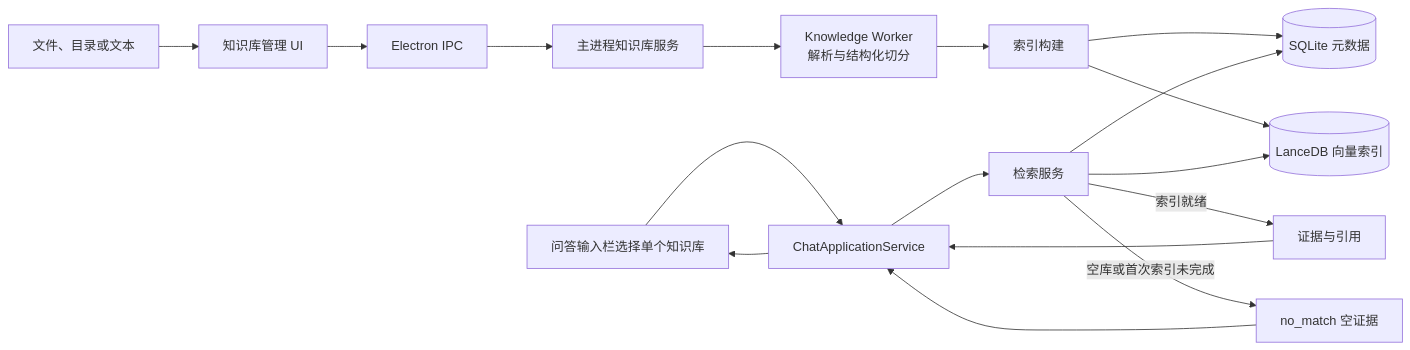
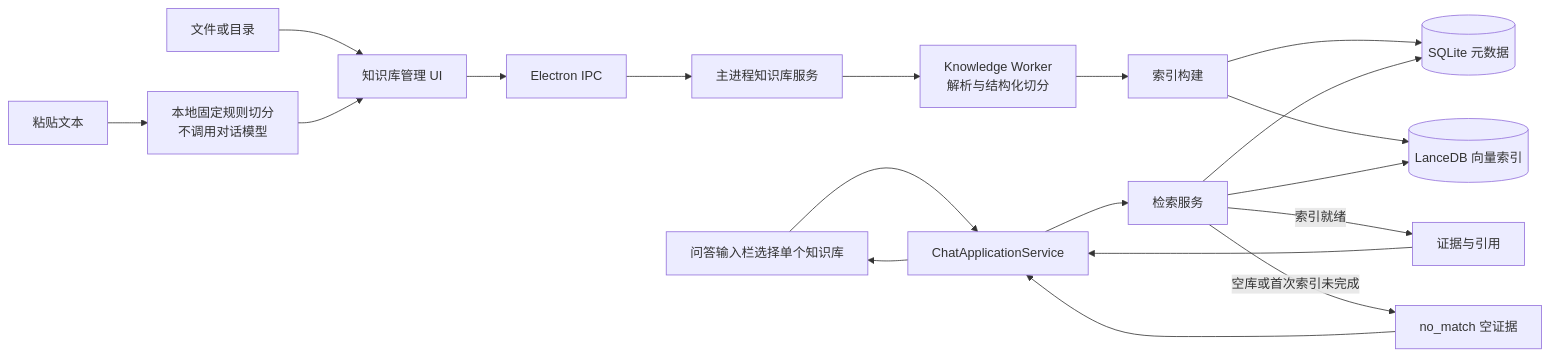
One commit to zhangxinggang/momo-ai changed the sixth of 6 diagrams in docs/architecture/system-overview.md. Above: the diagram before and after it, drawn with Mermaid. The commit also changed other lines of this file and 163 other files, not shown here.

````diff
--- a/docs/architecture/system-overview.md
+++ b/docs/architecture/system-overview.md
@@ -172,19 +185,21 @@
 ```mermaid
 flowchart LR
-  Source[文件、目录或文本] --> Manager[知识库管理 UI]
+  Source[文件或目录] --> Manager[知识库管理 UI]
+  Paste[粘贴文本] --> LocalChunk[本地固定规则切分<br/>不调用对话模型]
+  LocalChunk --> Manager
   Manager --> IPC[Electron IPC]
   IPC --> KbService[主进程知识库服务]
   KbService --> Worker[Knowledge Worker<br/>解析与结构化切分]
   Worker --> Index[索引构建]
   Index --> SQLite[(SQLite 元数据)]
   Index --> Lance[(LanceDB 向量索引)]
   Chat[问答输入栏选择单个知识库] --> Runtime[ChatApplicationService]
   Runtime --> Retrieve[检索服务]
   Retrieve --> SQLite
   Retrieve --> Lance
   Retrieve -->|索引就绪| Evidence[证据与引用]
   Retrieve -->|空库或首次索引未完成| NoMatch[no_match 空证据]
   Evidence --> Runtime
   NoMatch --> Runtime
   Runtime --> Chat
 ```
````
